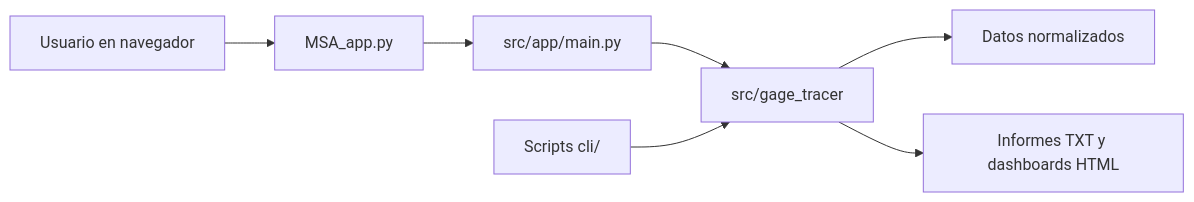
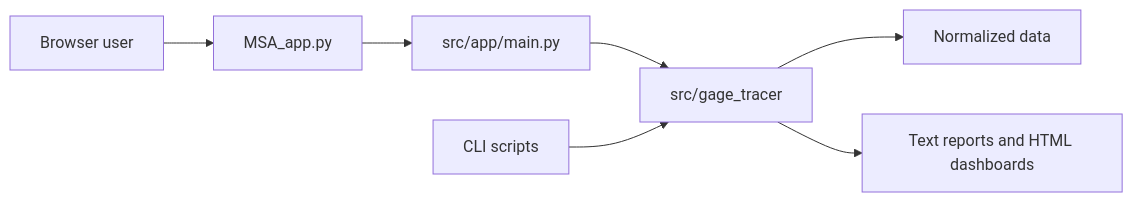
Before and after one commit to JoseHerrera96/MSA_gage_handy_tool: the diagram in README.md, drawn with Mermaid. The commit also changed other lines of this file and 2838 other files, not shown here.

````diff
--- a/README.md
+++ b/README.md
@@ -45,9 +72,9 @@
 ```mermaid
 flowchart LR
-		Browser[Usuario en navegador] --> Launcher[MSA_app.py]
+		Browser[Browser user] --> Launcher[MSA_app.py]
 		Launcher --> UI[src/app/main.py]
 		UI --> Domain[src/gage_tracer]
-		CLI[Scripts cli/] --> Domain
-		Domain --> Data[Datos normalizados]
-		Domain --> Reports[Informes TXT y dashboards HTML]
+		CLI[CLI scripts] --> Domain
+		Domain --> Data[Normalized data]
+		Domain --> Reports[Text reports and HTML dashboards]
 ```
````
